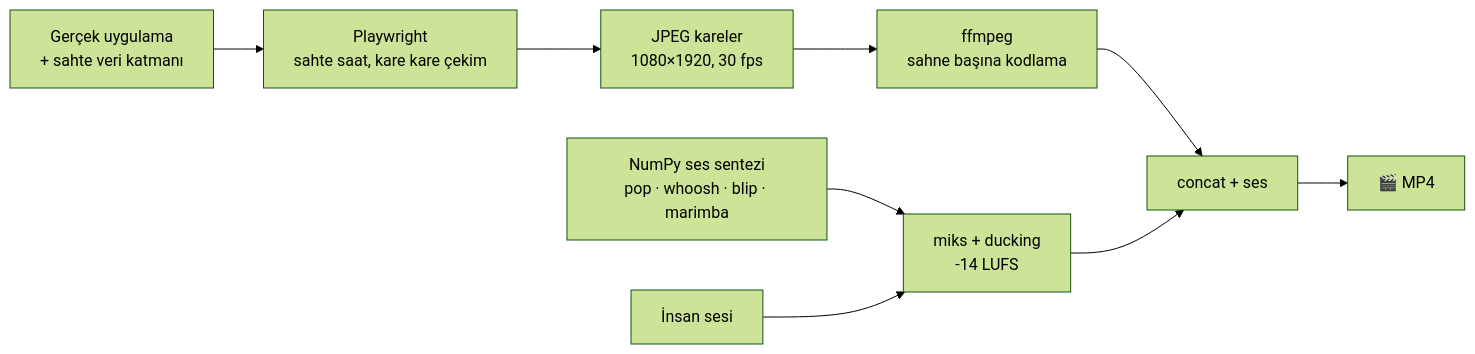
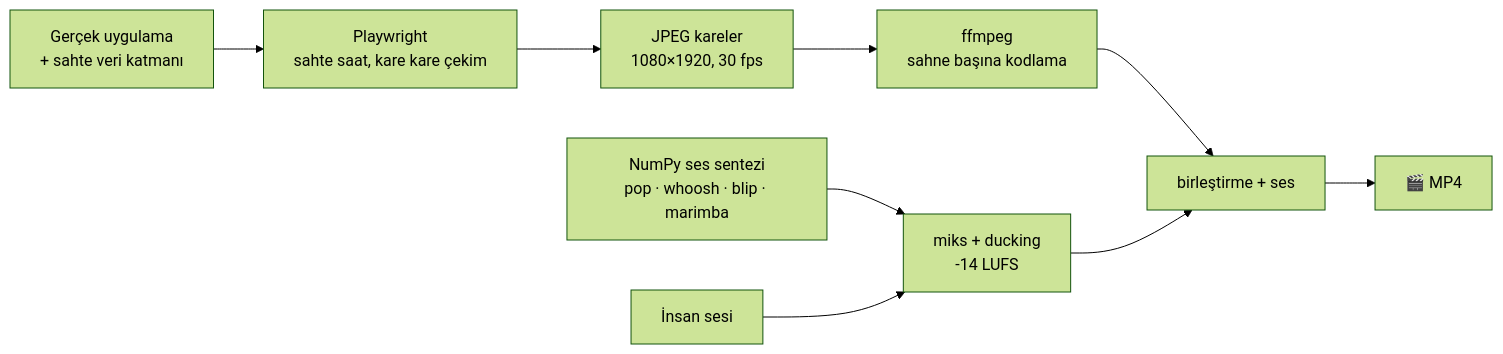
One commit to aleynatombas/Daysayday changed the second of 2 diagrams in README.md. Above: the diagram before and after it, drawn with Mermaid (forest theme). The commit also changed other lines of this file and 9 other files, not shown here.

````diff
--- a/README.md
+++ b/README.md
@@ -222,11 +220,11 @@
 ```mermaid
 flowchart LR
     A["Gerçek uygulama<br/>+ sahte veri katmanı"] --> B["Playwright<br/>sahte saat, kare kare çekim"]
     B --> C["JPEG kareler<br/>1080×1920, 30 fps"]
     C --> D["ffmpeg<br/>sahne başına kodlama"]
     E["NumPy ses sentezi<br/>pop · whoosh · blip · marimba"] --> F["miks + ducking<br/>-14 LUFS"]
     G["İnsan sesi"] --> F
-    D --> H["concat + ses"]
+    D --> H["birleştirme + ses"]
     F --> H
     H --> I["🎬 MP4"]
 ```
````
